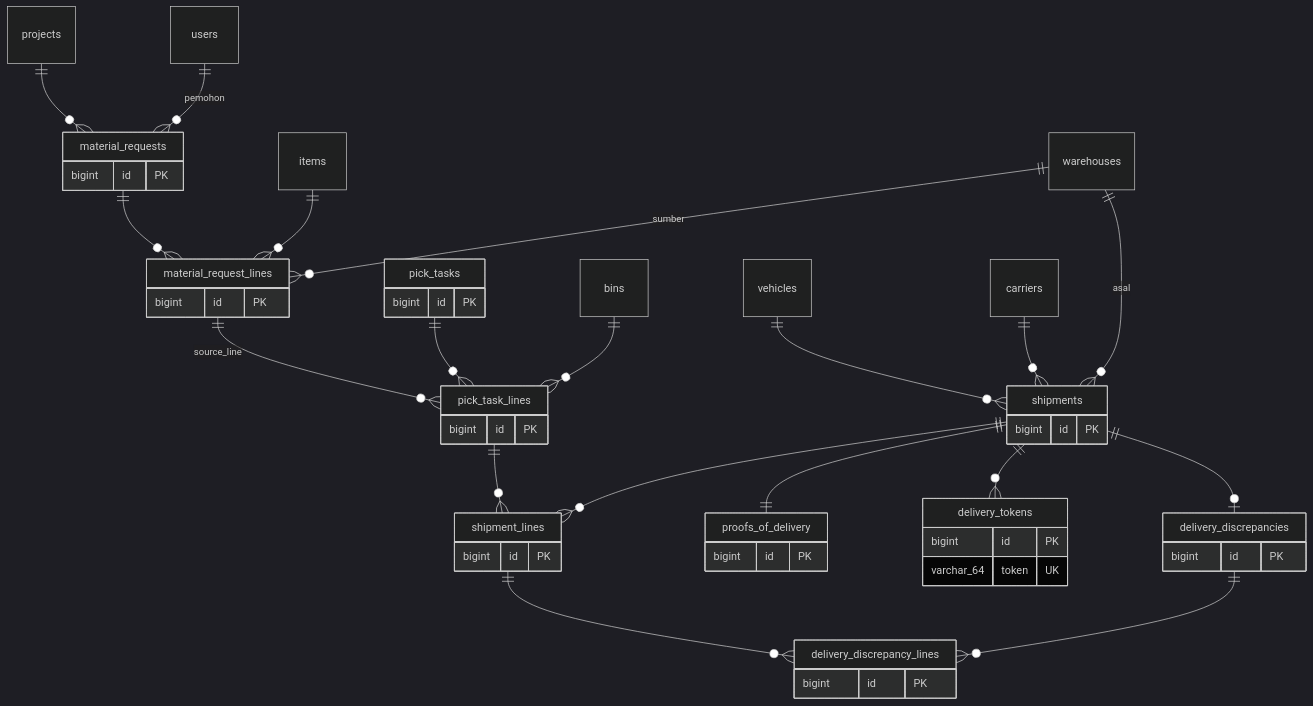
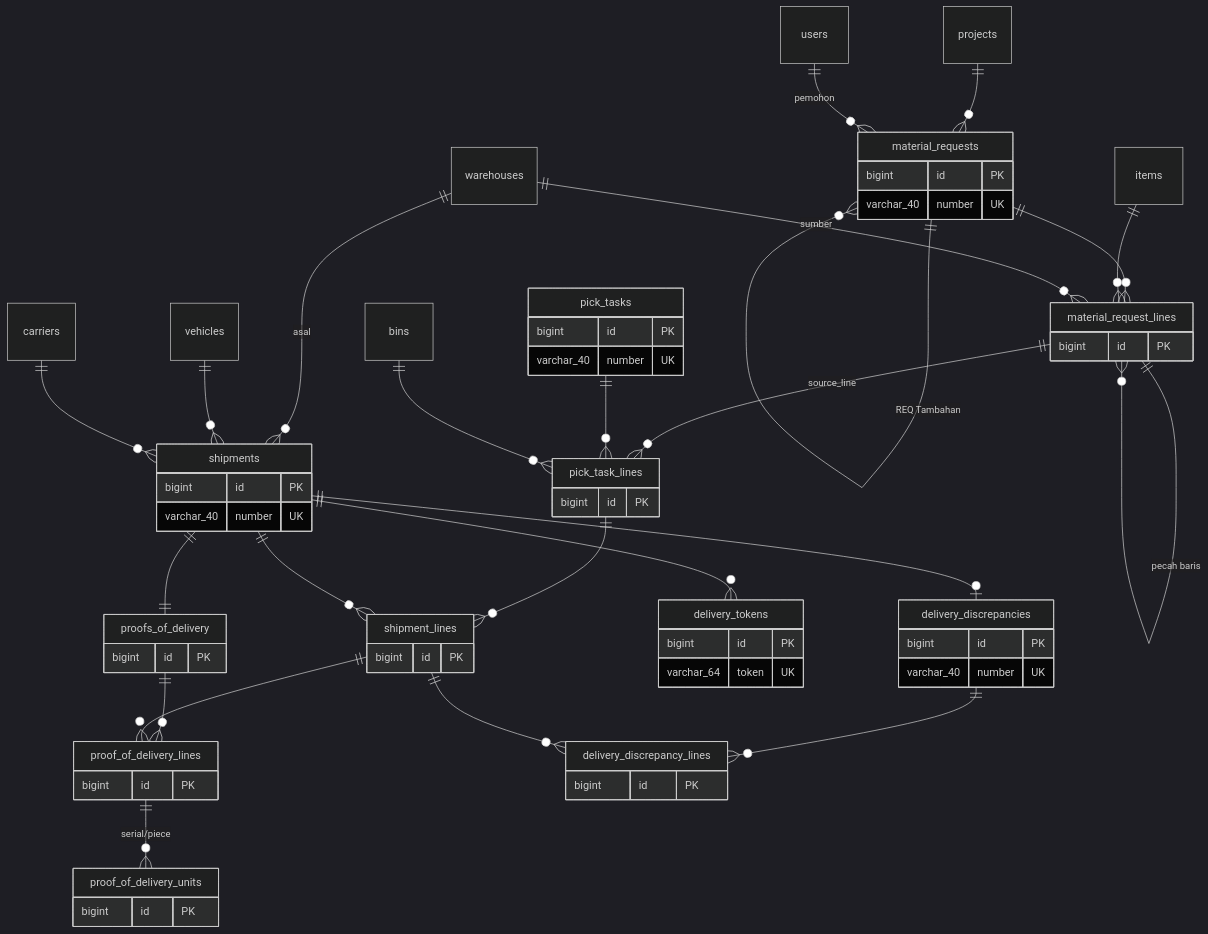
The second of 3 diagrams in docs/wms/08b-model-data-stok-dokumen.md (HengkyDarmawan/wms), drawn with Mermaid (dark theme) before and after one commit. The commit also changed other lines of this file and 967 other files, not shown here.

````diff
--- a/docs/wms/08b-model-data-stok-dokumen.md
+++ b/docs/wms/08b-model-data-stok-dokumen.md
@@ -77,52 +77,67 @@
 ```mermaid
 erDiagram
   material_requests {
     bigint id PK
+    varchar_40 number UK
   }
   material_request_lines {
     bigint id PK
   }
   pick_tasks {
     bigint id PK
+    varchar_40 number UK
   }
   pick_task_lines {
     bigint id PK
   }
   shipments {
     bigint id PK
+    varchar_40 number UK
   }
   shipment_lines {
     bigint id PK
   }
   proofs_of_delivery {
+    bigint id PK
+  }
+  proof_of_delivery_lines {
+    bigint id PK
+  }
+  proof_of_delivery_units {
     bigint id PK
   }
   delivery_tokens {
     bigint id PK
     varchar_64 token UK
   }
   delivery_discrepancies {
     bigint id PK
+    varchar_40 number UK
   }
   delivery_discrepancy_lines {
     bigint id PK
   }
   projects ||--o{ material_requests : " "
   users ||--o{ material_requests : "pemohon"
   material_requests ||--o{ material_request_lines : " "
   items ||--o{ material_request_lines : " "
   warehouses ||--o{ material_request_lines : "sumber"
+  material_requests ||--o{ material_requests : "REQ Tambahan"
+  material_request_lines ||--o{ material_request_lines : "pecah baris"
   material_request_lines ||--o{ pick_task_lines : "source_line"
   pick_tasks ||--o{ pick_task_lines : " "
   bins ||--o{ pick_task_lines : " "
   pick_task_lines ||--o{ shipment_lines : " "
   shipments ||--o{ shipment_lines : " "
   warehouses ||--o{ shipments : "asal"
   vehicles ||--o{ shipments : " "
   carriers ||--o{ shipments : " "
   shipments ||--|| proofs_of_delivery : " "
+  proofs_of_delivery ||--o{ proof_of_delivery_lines : " "
+  shipment_lines ||--o{ proof_of_delivery_lines : " "
+  proof_of_delivery_lines ||--o{ proof_of_delivery_units : "serial/piece"
   shipments ||--o{ delivery_tokens : " "
   shipments ||--o| delivery_discrepancies : " "
   delivery_discrepancies ||--o{ delivery_discrepancy_lines : " "
   shipment_lines ||--o{ delivery_discrepancy_lines : " "
 ```
````
